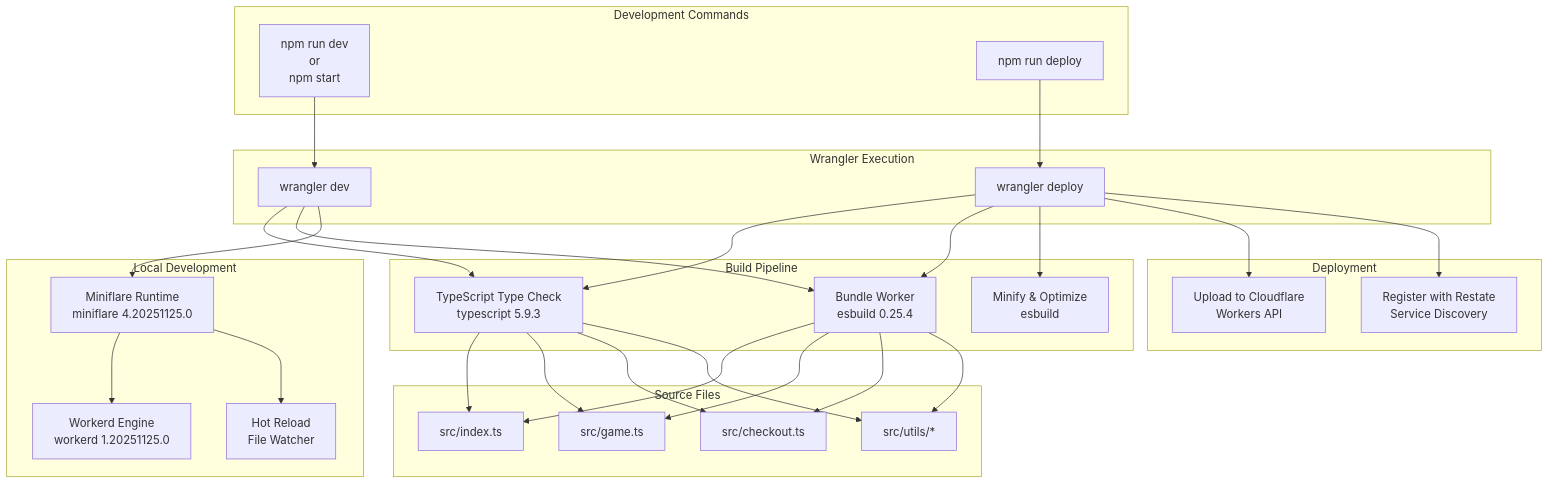
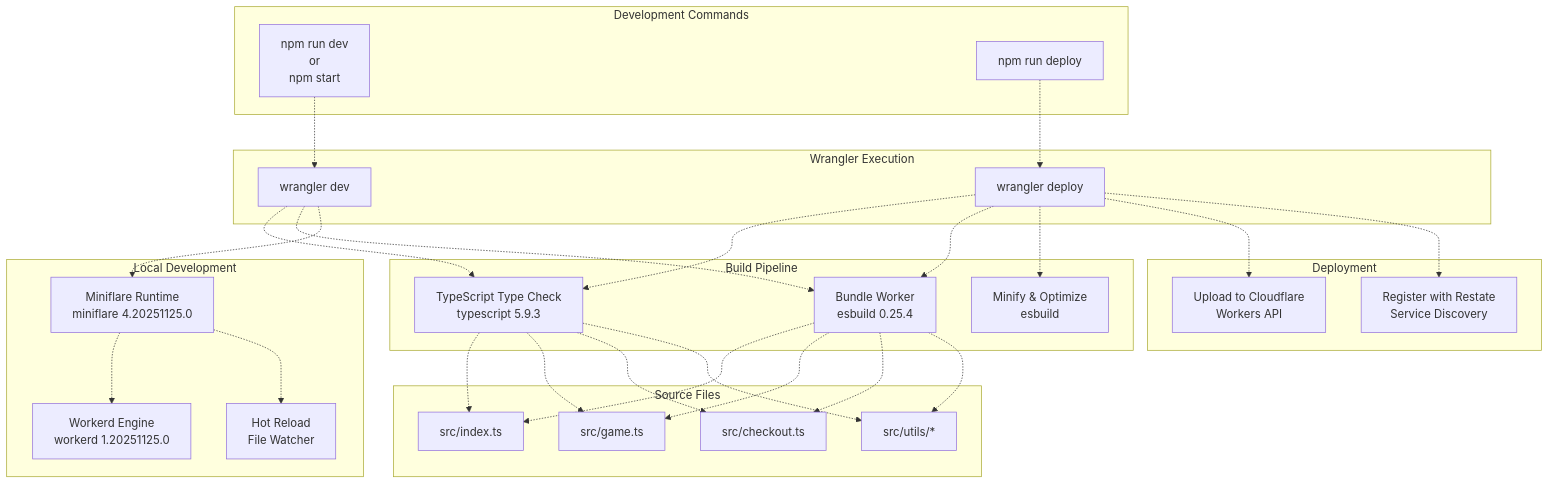
Before and after one commit to philipz/restate-cloudflare-workers-poc: the third of 4 diagrams in docs/deepwiki/Dependencies.md, drawn with Mermaid. The commit also changed other lines of this file and 27 other files, not shown here.

````diff
--- a/docs/deepwiki/Dependencies.md
+++ b/docs/deepwiki/Dependencies.md
@@ -377,75 +377,75 @@
 ```mermaid
 flowchart TD
 
 DevCmd["npm run dev<br>or<br>npm start"]
 DeployCmd["npm run deploy"]
 WranglerDev["wrangler dev"]
 WranglerDeploy["wrangler deploy"]
 TSCheck["TypeScript Type Check<br>typescript 5.9.3"]
 Bundle["Bundle Worker<br>esbuild 0.25.4"]
 Minify["Minify & Optimize<br>esbuild"]
 MF["Miniflare Runtime<br>miniflare 4.20251125.0"]
 WD["Workerd Engine<br>workerd 1.20251125.0"]
 HotReload["Hot Reload<br>File Watcher"]
 Upload["Upload to Cloudflare<br>Workers API"]
 Register["Register with Restate<br>Service Discovery"]
 SrcIndex["src/index.ts"]
 SrcGame["src/game.ts"]
 SrcCheckout["src/checkout.ts"]
 SrcUtils["src/utils/*"]
 
-DevCmd --> WranglerDev
-DeployCmd --> WranglerDeploy
-WranglerDev --> TSCheck
-WranglerDev --> Bundle
-WranglerDev --> MF
-WranglerDeploy --> TSCheck
-WranglerDeploy --> Bundle
-WranglerDeploy --> Minify
-WranglerDeploy --> Upload
-WranglerDeploy --> Register
-TSCheck --> SrcIndex
-TSCheck --> SrcGame
-TSCheck --> SrcCheckout
-TSCheck --> SrcUtils
-Bundle --> SrcIndex
-Bundle --> SrcGame
-Bundle --> SrcCheckout
-Bundle --> SrcUtils
+DevCmd -.-> WranglerDev
+DeployCmd -.-> WranglerDeploy
+WranglerDev -.-> TSCheck
+WranglerDev -.-> Bundle
+WranglerDev -.-> MF
+WranglerDeploy -.-> TSCheck
+WranglerDeploy -.-> Bundle
+WranglerDeploy -.-> Minify
+WranglerDeploy -.-> Upload
+WranglerDeploy -.-> Register
+TSCheck -.-> SrcIndex
+TSCheck -.-> SrcGame
+TSCheck -.-> SrcCheckout
+TSCheck -.-> SrcUtils
+Bundle -.-> SrcIndex
+Bundle -.-> SrcGame
+Bundle -.-> SrcCheckout
+Bundle -.-> SrcUtils
 
 subgraph subGraph5 ["Source Files"]
     SrcIndex
     SrcGame
     SrcCheckout
     SrcUtils
 end
 
 subgraph Deployment ["Deployment"]
     Upload
     Register
 end
 
 subgraph subGraph3 ["Local Development"]
     MF
     WD
     HotReload
-    MF --> WD
-    MF --> HotReload
+    MF -.-> WD
+    MF -.-> HotReload
 end
 
 subgraph subGraph2 ["Build Pipeline"]
     TSCheck
     Bundle
     Minify
 end
 
 subgraph subGraph1 ["Wrangler Execution"]
     WranglerDev
     WranglerDeploy
 end
 
 subgraph subGraph0 ["Development Commands"]
     DevCmd
     DeployCmd
 end
 ```
````
